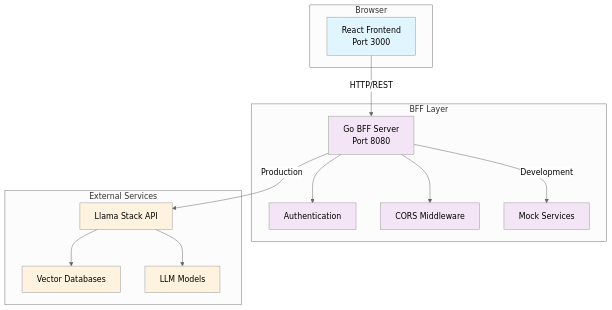
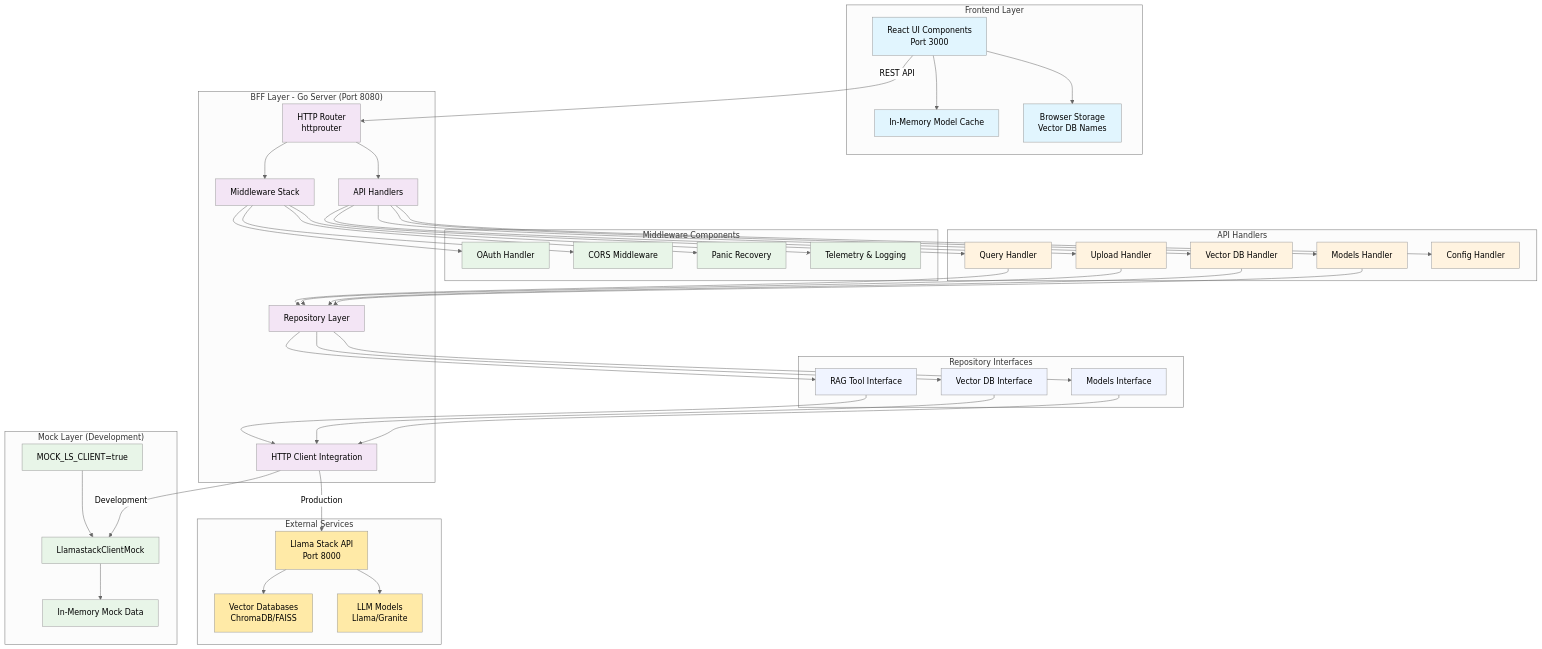
The first of 2 diagrams in frontend/packages/llama-stack-modular-ui/docs/adr/0002-bff-architecture-pattern.md (opendatahub-io/odh-dashboard), drawn with Mermaid (neutral theme) before and after one commit. The commit also changed other lines of this file and 2 other files, not shown here.

First line of the commit message:
docs: Improve ADR documentation with enhanced diagrams and migration notes

````diff
--- a/frontend/packages/llama-stack-modular-ui/docs/adr/0002-bff-architecture-pattern.md
+++ b/frontend/packages/llama-stack-modular-ui/docs/adr/0002-bff-architecture-pattern.md
@@ -72,35 +72,103 @@
 ```mermaid
 graph TB
-    subgraph "Browser"
-        Frontend[React Frontend<br/>Port 3000]
+    subgraph "Frontend Layer"
+        UI[React UI Components<br/>Port 3000]
+        Cache[In-Memory Model Cache]
+        BrowserCache[Browser Storage<br/>Vector DB Names]
     end
     
-    subgraph "BFF Layer"
-        BFF[Go BFF Server<br/>Port 8080]
-        Auth[Authentication]
+    subgraph "BFF Layer - Go Server (Port 8080)"
+        Router[HTTP Router<br/>httprouter]
+        Middleware[Middleware Stack]
+        Handlers[API Handlers]
+        Repos[Repository Layer]
+        Integration[HTTP Client Integration]
+    end
+    
+    subgraph "Middleware Components"
+        Auth[OAuth Handler]
         CORS[CORS Middleware]
-        Mock[Mock Services]
+        Recovery[Panic Recovery]
+        Telemetry[Telemetry & Logging]
+    end
+    
+    subgraph "API Handlers"
+        ModelsH[Models Handler]
+        VectorDBH[Vector DB Handler]
+        UploadH[Upload Handler]
+        QueryH[Query Handler]
+        ConfigH[Config Handler]
+    end
+    
+    subgraph "Repository Interfaces"
+        ModelsRepo[Models Interface]
+        VectorDBRepo[Vector DB Interface]
+        RAGRepo[RAG Tool Interface]
+    end
+    
+    subgraph "Mock Layer (Development)"
+        MockClient[LlamastackClientMock]
+        MockData[In-Memory Mock Data]
+        MockConfig[MOCK_LS_CLIENT=true]
     end
     
     subgraph "External Services"
-        LS[Llama Stack API]
-        VDB[Vector Databases]
-        LLM[LLM Models]
+        LS[Llama Stack API<br/>Port 8000]
+        VectorStore[Vector Databases<br/>ChromaDB/FAISS]
+        LLMModels[LLM Models<br/>Llama/Granite]
     end
     
-    Frontend -->|HTTP/REST| BFF
-    BFF --> Auth
-    BFF --> CORS
-    BFF -->|Production| LS
-    BFF -->|Development| Mock
-    LS --> VDB
-    LS --> LLM
+    UI --> Cache
+    UI --> BrowserCache
+    UI -->|REST API| Router
+    
+    Router --> Middleware
+    Middleware --> Auth
+    Middleware --> CORS
+    Middleware --> Recovery
+    Middleware --> Telemetry
+    
+    Router --> Handlers
+    Handlers --> ModelsH
+    Handlers --> VectorDBH
+    Handlers --> UploadH
+    Handlers --> QueryH
+    Handlers --> ConfigH
+    
+    ModelsH --> Repos
+    VectorDBH --> Repos
+    UploadH --> Repos
+    QueryH --> Repos
+    
+    Repos --> ModelsRepo
+    Repos --> VectorDBRepo
+    Repos --> RAGRepo
+    
+    ModelsRepo --> Integration
+    VectorDBRepo --> Integration
+    RAGRepo --> Integration
+    
+    Integration -->|Production| LS
+    Integration -->|Development| MockClient
+    MockClient --> MockData
+    MockConfig --> MockClient
+    
+    LS --> VectorStore
+    LS --> LLMModels
     
     classDef frontend fill:#e1f5fe
     classDef bff fill:#f3e5f5
-    classDef external fill:#fff3e0
+    classDef middleware fill:#e8f5e8
+    classDef handlers fill:#fff3e0
+    classDef repos fill:#f0f4ff
+    classDef mock fill:#e8f5e8
+    classDef external fill:#ffeaa7
     
-    class Frontend frontend
-    class BFF,Auth,CORS,Mock bff
-    class LS,VDB,LLM external
+    class UI,Cache,BrowserCache frontend
+    class Router,Middleware,Handlers,Repos,Integration bff
+    class Auth,CORS,Recovery,Telemetry middleware
+    class ModelsH,VectorDBH,UploadH,QueryH,ConfigH handlers
+    class ModelsRepo,VectorDBRepo,RAGRepo repos
+    class MockClient,MockData,MockConfig mock
+    class LS,VectorStore,LLMModels external
 ```
````
